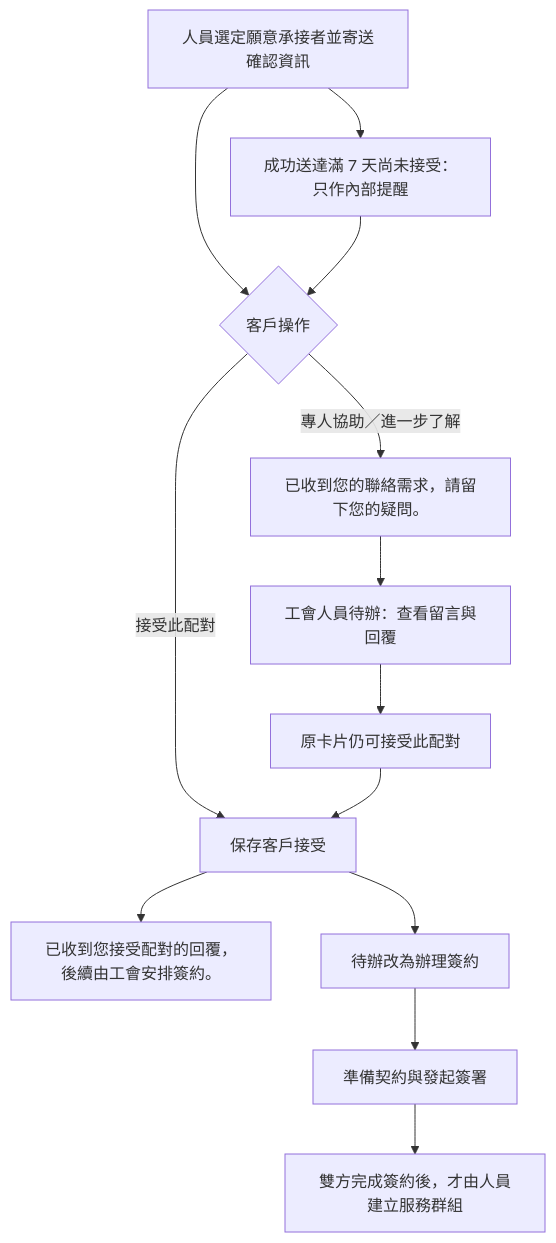
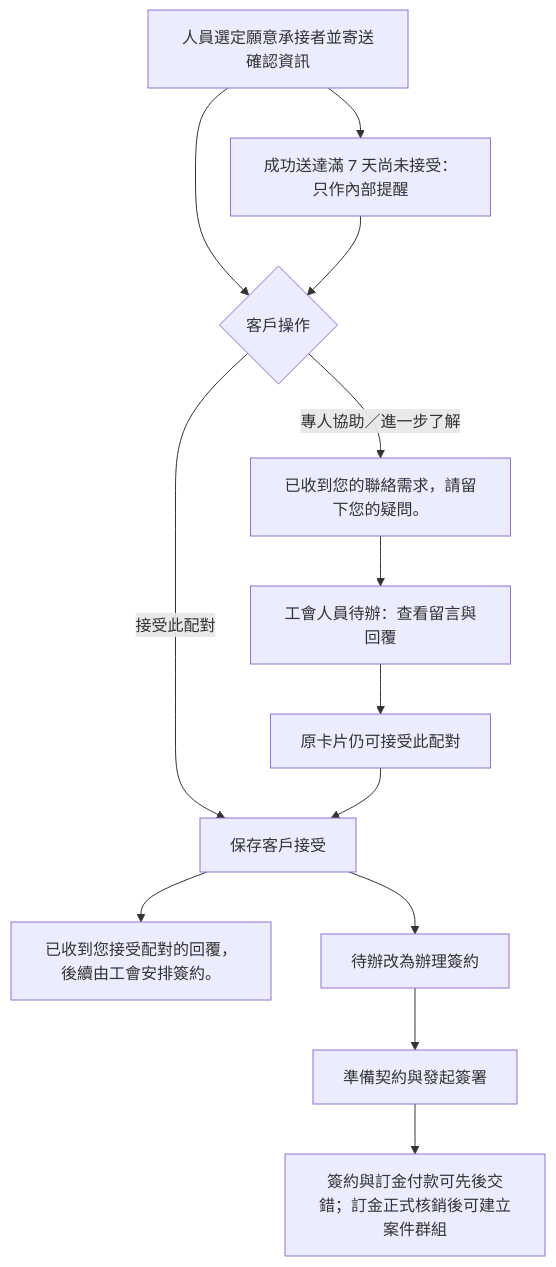
Before and after one commit to chrishzc/Labor_union: the fourth of 4 diagrams in document/架構重整/01_規格基線/26_LINE四大模組Eraser流程圖轉錄與驗收基線.md, drawn with Mermaid. The commit also changed other lines of this file and 479 other files, not shown here.

````diff
--- a/document/架構重整/01_規格基線/26_LINE四大模組Eraser流程圖轉錄與驗收基線.md
+++ b/document/架構重整/01_規格基線/26_LINE四大模組Eraser流程圖轉錄與驗收基線.md
@@ -331,15 +229,15 @@
 ```mermaid
 flowchart TD
   A[人員選定願意承接者並寄送確認資訊] --> B{客戶操作}
   B -->|專人協助／進一步了解| C[已收到您的聯絡需求，請留下您的疑問。]
   C --> D[工會人員待辦：查看留言與回覆]
   D --> E[原卡片仍可接受此配對]
   B -->|接受此配對| F[保存客戶接受]
   E --> F
   F --> G[已收到您接受配對的回覆，後續由工會安排簽約。]
   F --> H[待辦改為辦理簽約]
   H --> I[準備契約與發起簽署]
-  I --> J[雙方完成簽約後，才由人員建立服務群組]
+  I --> J[簽約與訂金付款可先後交錯；訂金正式核銷後可建立案件群組]
   A --> K[成功送達滿 7 天尚未接受：只作內部提醒]
   K --> B
 ```
````
